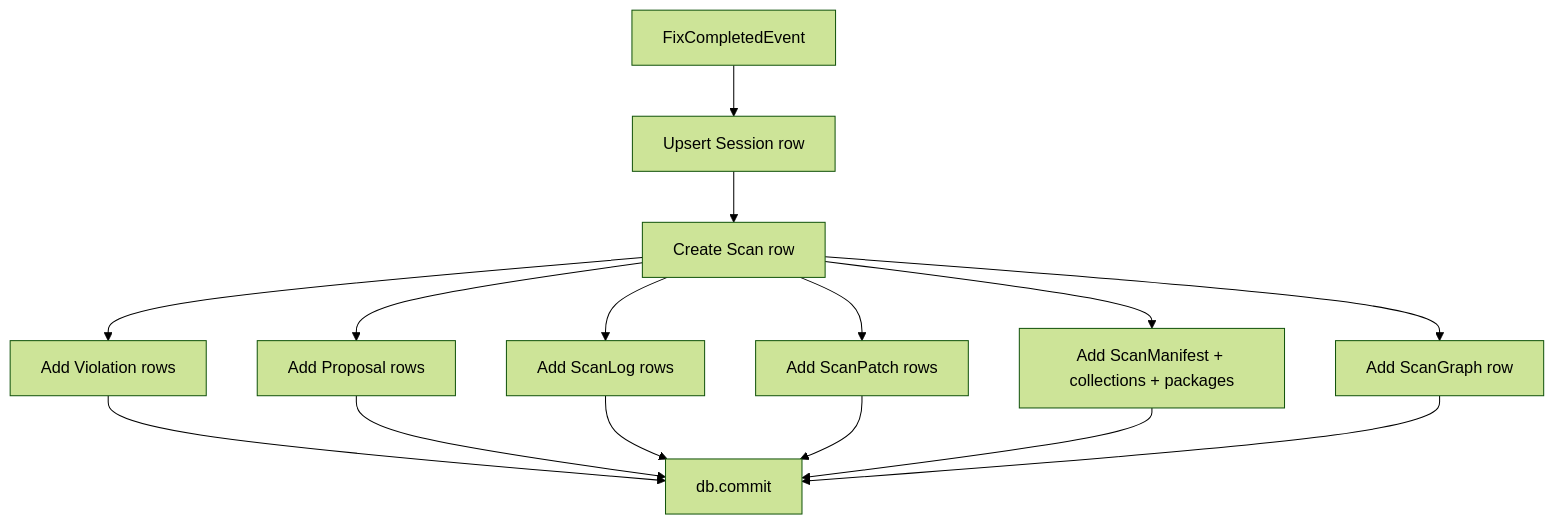
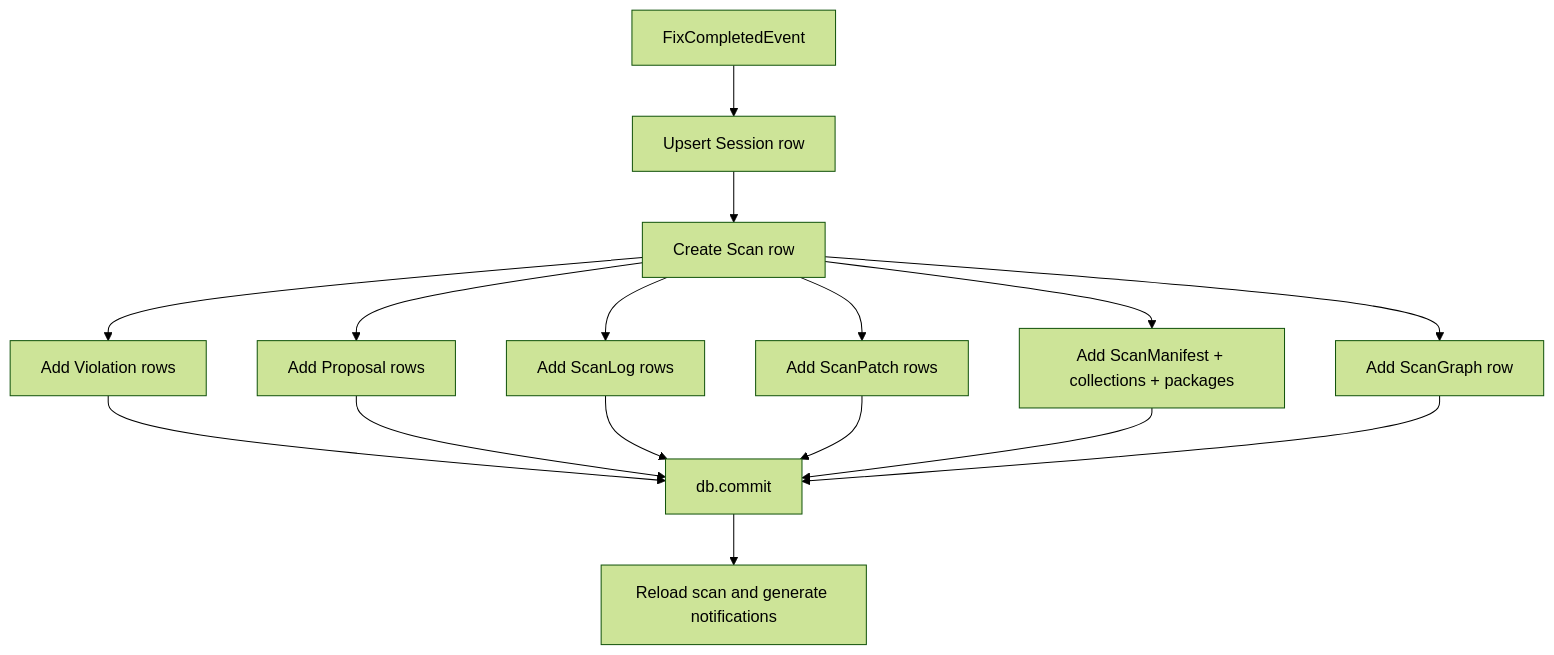
The second of 3 diagrams in docs/architecture/13-gateway-and-persistence.md (ansible/apme), drawn with Mermaid (forest theme) before and after one commit. The commit also changed other lines of this file and 4 other files, not shown here.

````diff
--- a/docs/architecture/13-gateway-and-persistence.md
+++ b/docs/architecture/13-gateway-and-persistence.md
@@ -64,12 +65,13 @@
 ```mermaid
 flowchart TD
     Event[FixCompletedEvent] --> Upsert[Upsert Session row]
     Upsert --> Scan[Create Scan row]
     Scan --> V[Add Violation rows]
     Scan --> P[Add Proposal rows]
     Scan --> L[Add ScanLog rows]
     Scan --> Pa[Add ScanPatch rows]
     Scan --> M[Add ScanManifest + collections + packages]
     Scan --> G[Add ScanGraph row]
     V & P & L & Pa & M & G --> Commit[db.commit]
+    Commit --> Notif[Reload scan and generate notifications]
 ```
````
